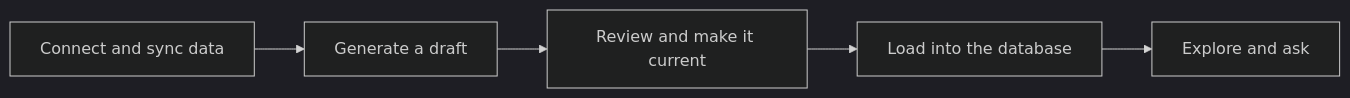
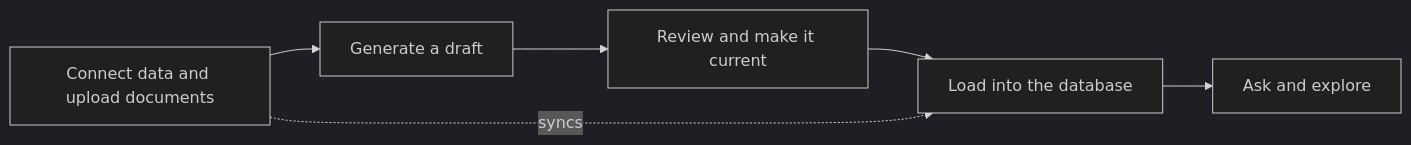
Before and after one commit to HelixDB/helix-db: the diagram in docs/foundry/start-here/introduction.mdx, drawn with Mermaid (dark theme). The commit also changed other lines of this file and 24 other files, not shown here.

````diff
--- a/docs/foundry/start-here/introduction.mdx
+++ b/docs/foundry/start-here/introduction.mdx
@@ -37,7 +43,8 @@
 ```mermaid
 flowchart LR
-  A[Connect and sync data] --> B[Generate a draft]
+  A[Connect data and upload documents] --> B[Generate a draft]
   B --> C[Review and make it current]
   C --> D[Load into the database]
-  D --> E[Explore and ask]
+  D --> E[Ask and explore]
+  A -. syncs .-> D
 ```
````
